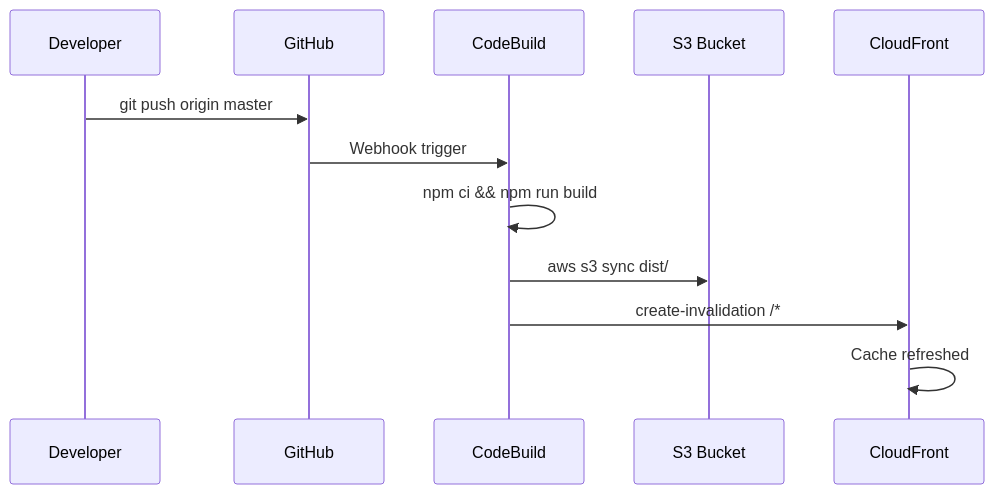
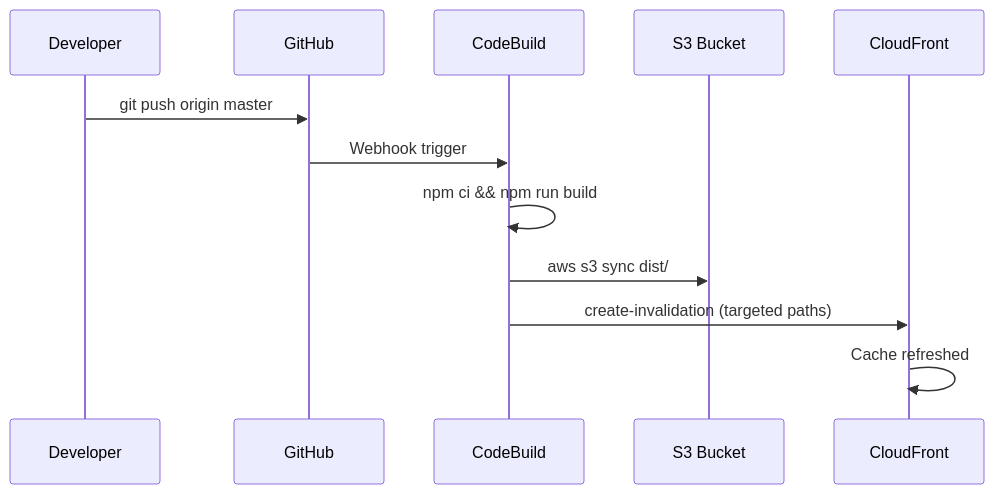
The third of 4 diagrams in README.md (kzaky/khaledzaky.com), drawn with Mermaid before and after one commit. The commit also changed other lines of this file and 2 other files, not shown here.

````diff
--- a/README.md
+++ b/README.md
@@ -150,15 +151,15 @@
 ```mermaid
 sequenceDiagram
     participant Dev as Developer
     participant GH as GitHub
     participant CB as CodeBuild
     participant S3 as S3 Bucket
     participant CF as CloudFront
 
     Dev->>GH: git push origin master
     GH->>CB: Webhook trigger
     CB->>CB: npm ci && npm run build
     CB->>S3: aws s3 sync dist/
-    CB->>CF: create-invalidation /*
+    CB->>CF: create-invalidation (targeted paths)
     CF->>CF: Cache refreshed
 ```
````
